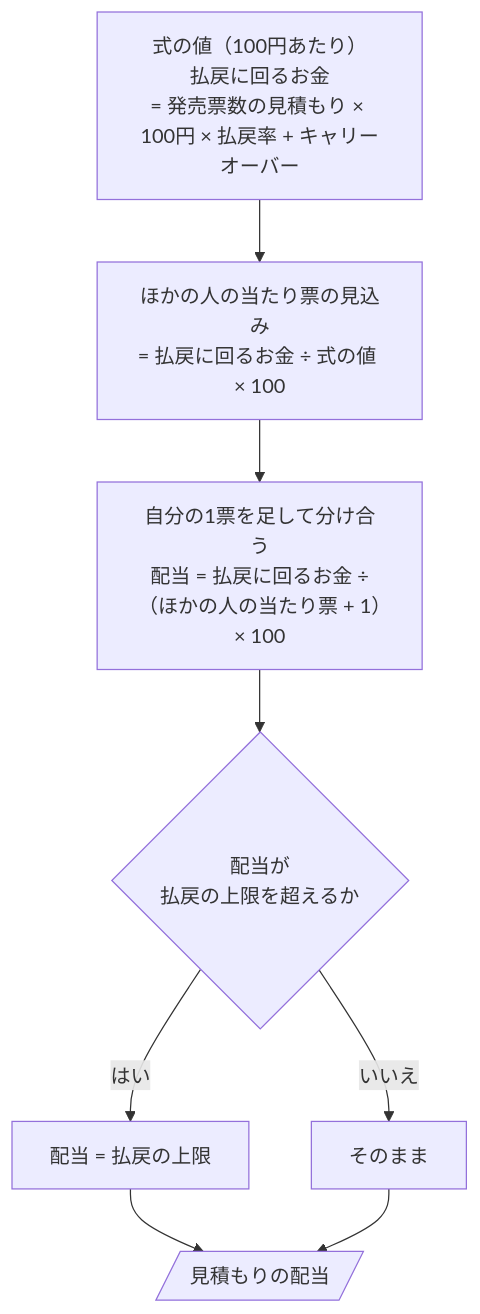
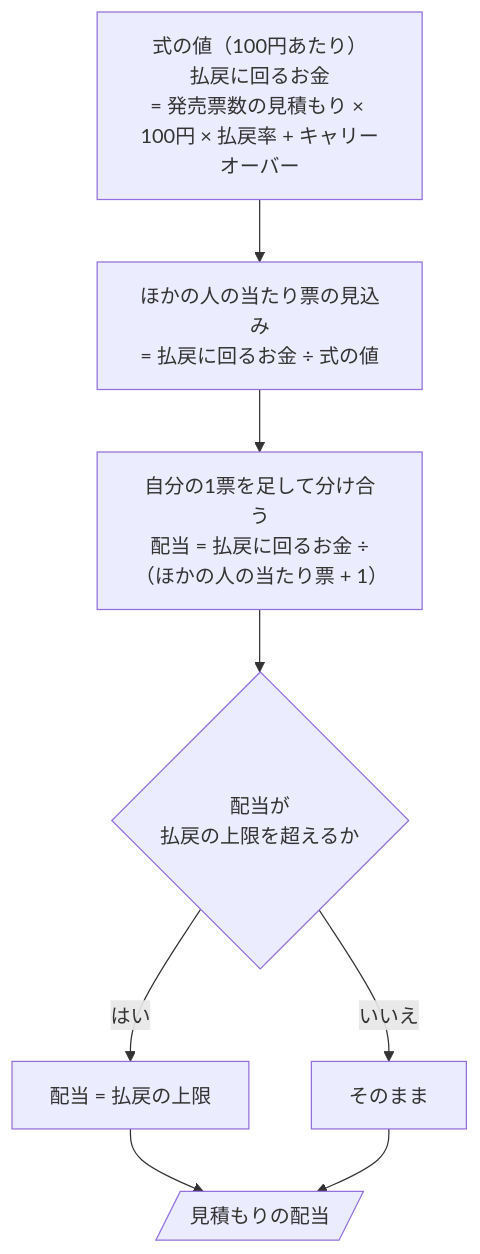
Before and after one commit to ht-0328/keiba-yosou: the second of 3 diagrams in docs/design/近走と適性からWIN5の買い目を決める/06-flowchart.md, drawn with Mermaid. The commit also changed other lines of this file and 73 other files, not shown here.

````diff
--- a/docs/design/近走と適性からWIN5の買い目を決める/06-flowchart.md
+++ b/docs/design/近走と適性からWIN5の買い目を決める/06-flowchart.md
@@ -41,10 +41,10 @@
 ```mermaid
 flowchart TD
-    S["式の値（100円あたり）<br>払戻に回るお金<br>= 発売票数の見積もり × 100円 × 払戻率 + キャリーオーバー"] --> A["ほかの人の当たり票の見込み<br>= 払戻に回るお金 ÷ 式の値 × 100"]
-    A --> B["自分の1票を足して分け合う<br>配当 = 払戻に回るお金 ÷（ほかの人の当たり票 + 1）× 100"]
+    S["式の値（100円あたり）<br>払戻に回るお金<br>= 発売票数の見積もり × 100円 × 払戻率 + キャリーオーバー"] --> A["ほかの人の当たり票の見込み<br>= 払戻に回るお金 ÷ 式の値"]
+    A --> B["自分の1票を足して分け合う<br>配当 = 払戻に回るお金 ÷（ほかの人の当たり票 + 1）"]
     B --> Q1{"配当が<br>払戻の上限を超えるか"}
     Q1 -->|はい| C["配当 = 払戻の上限"]
     Q1 -->|いいえ| D["そのまま"]
     C --> R[/"見積もりの配当"/]
     D --> R
 ```
````
